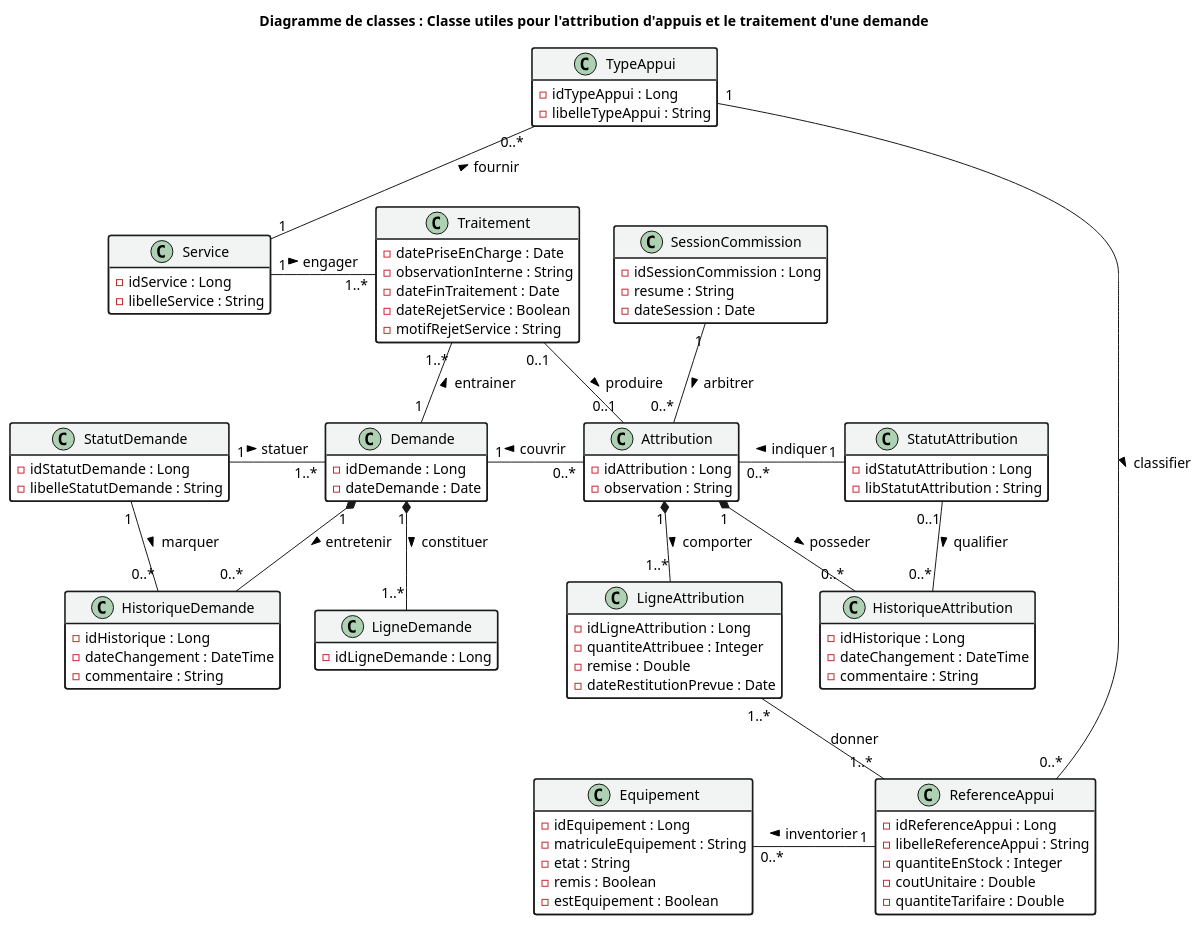
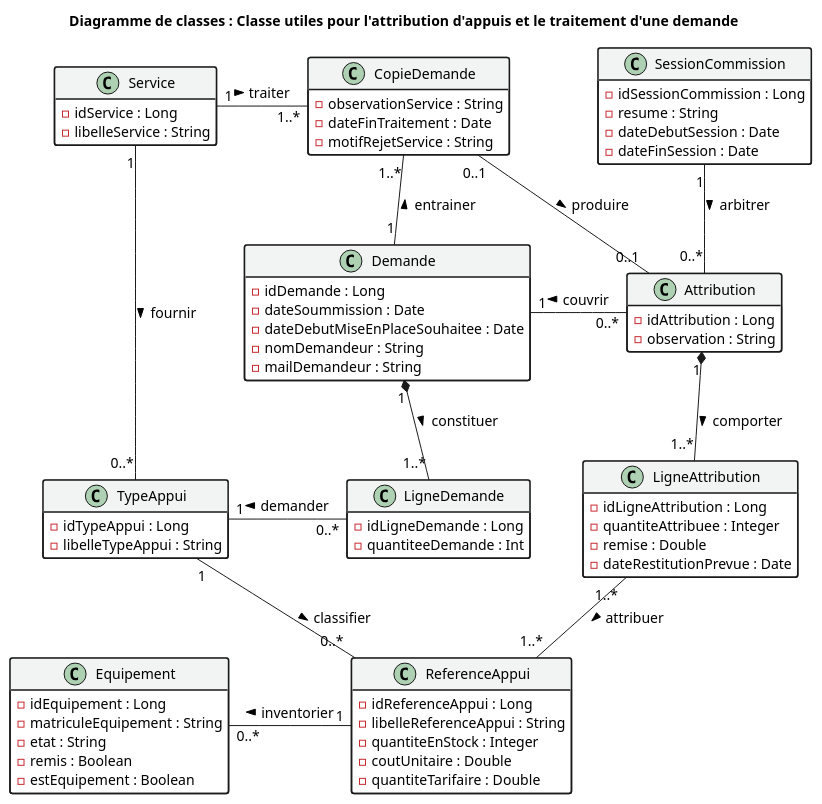
The diagram in docs/classes/M_classe_octroi.puml (marasse-codec/ORYZAPP), drawn with PlantUML before and after one commit. The commit also changed 242 other files, not shown here.

Commit message:
Dashbord et Charts

```diff
--- a/docs/classes/M_classe_octroi.puml
+++ b/docs/classes/M_classe_octroi.puml
@@ -1,158 +1,168 @@
 @startuml octroi_demande_uml
 title Diagramme de classes : Classe utiles pour l'attribution d'appuis et le traitement d'une demande
 
 skinparam shadowing false
 skinparam defaultFontName "Segoe UI", sans-serif
 ' Suppression de tout fond de diagramme (transparent / blanc)
 skinparam backgroundColor #FFFFFF
 
 hide empty members
 
 skinparam class {
     BackgroundColor #FFFFFF
     HeaderBackgroundColor #F2F4F4
     BorderColor #1A1A1A
     FontColor #000000
     AttributeFontColor #000000
     MethodFontColor #000000
     FontSize 16
     AttributeFontSize 14
     MethodFontSize 14
     BorderThickness 1.5
 }
 
 skinparam arrow {
     Color #1A1A1A
     FontColor #000000
     FontSize 14
 }
 ' ============================================================
 ' CLASSES
 ' ============================================================
 
 class Service {
   - idService : Long
   - libelleService : String
 }
 
 class TypeAppui {
   - idTypeAppui : Long
   - libelleTypeAppui : String
 }
 
 class ReferenceAppui {
   - idReferenceAppui : Long
   - libelleReferenceAppui : String
   - quantiteEnStock : Integer
   - coutUnitaire : Double
   - quantiteTarifaire : Double
 }
 
 class Equipement {
   - idEquipement : Long
   - matriculeEquipement : String
   - etat : String
   - remis : Boolean
   - estEquipement : Boolean
 
 }
 
 ReferenceAppui "1" -l- "0..*" Equipement : inventorier >
-TypeAppui "0..*" -- "1" Service : fournir <
+Service "1" -- "0..*" TypeAppui : fournir >
 ReferenceAppui "0..*" -l- "1" TypeAppui : classifier <
 
+' class StatutDemande {
+'   - idStatutDemande : Long
+'   - libelleStatutDemande : String
+' }
 
-class StatutDemande {
-  - idStatutDemande : Long
-  - libelleStatutDemande : String
-}
+' class HistoriqueDemande {
+'   - idHistorique : Long
+'   - dateChangement : DateTime
+'   - commentaire : String
+' }
 
 class Demande {
   - idDemande : Long
-  - dateDemande : Date
+  - dateSoummission : Date
+  - dateDebutMiseEnPlaceSouhaitee : Date
+  - nomDemandeur : String
+  - mailDemandeur : String
 }
 
-class HistoriqueDemande {
-  - idHistorique : Long
-  - dateChangement : DateTime
-  - commentaire : String
-}
+' class EtapeValidationDemande {
+'   - idEtape : Long
+'   - libEtape : String
+'   - ordre : Int
+' }
 
+' Service "1" -l- "1" EtapeValidationDemande : effectuer >
 
-Demande "1" *-- "0..*" HistoriqueDemande : entretenir >
-StatutDemande "1" -- "0..*" HistoriqueDemande : marquer >
+' Demande "1" *-- "0..*" HistoriqueDemande : entretenir >
+' StatutDemande "1" -r- "0..*" HistoriqueDemande : marquer >
+' Demande "0..*" -- "1" StatutDemande : statuer <
 
-' DateFinTraitement prend la date de fin du dernier traitement
+' DateFinTraitement prend la date de fin du dernier copiedemande
 ' dateSoumission marque qu'on ne peut plus modifier apès soummission
 
-StatutDemande "1" - "1..*" Demande : statuer >
-
-class Traitement {
-  - datePriseEnCharge : Date
-  - observationInterne : String
+class CopieDemande {
+  - observationService : String
   - dateFinTraitement : Date
-  - dateRejetService : Boolean
   - motifRejetService : String
 }
 
-Traitement "1..*" -d- "1" Demande : entrainer <
-Traitement "1..*" -l- "1" Service : engager <
-Traitement "0..1" -- "0..1" Attribution : produire >
+CopieDemande "1..*" -d- "1" Demande : entrainer <
+CopieDemande "1..*" -l- "1" Service : traiter <
+CopieDemande "0..1" -- "0..1" Attribution : produire >
 
 ' note top of [Demande]
 '   ! Remarque !
 '   Ajout de dateTraitement et motifRejet :
 '   permettre de suivre l'état de la demande
 ' end note
 
 class LigneDemande {
   - idLigneDemande : Long
+  - quantiteeDemande : Int
 }
+
+TypeAppui "1" - "0..*" LigneDemande : demander <
 
 class SessionCommission {
   - idSessionCommission : Long
   - resume : String
-  - dateSession : Date
+  - dateDebutSession : Date
+  - dateFinSession : Date
 }
 
 class Attribution {
   - idAttribution : Long
   - observation : String
 }
+ 
+' class StatutAttribution {
+'   - idStatutAttribution : Long
+'   - libStatutAttribution : String
+' }
 
-class StatutAttribution {
-  - idStatutAttribution : Long
-  - libStatutAttribution : String
-}
+' class HistoriqueAttribution {
+'   - idHistorique : Long
+'   - dateChangement : DateTime
+'   - commentaire : String
+' }
 
-class HistoriqueAttribution {
-  - idHistorique : Long
-  - dateChangement : DateTime
-  - commentaire : String
-}
+' Attribution "1" *-- "0..*" HistoriqueAttribution : posseder >
+' StatutAttribution "0..1" -- "0..*" HistoriqueAttribution : qualifier >
 
-Attribution "1" *-- "0..*" HistoriqueAttribution : posseder >
-StatutAttribution "0..1" -- "0..*" HistoriqueAttribution : qualifier >
-
-Attribution "0..*" - "1" StatutAttribution : indiquer <
+' Attribution "0..*" - "1" StatutAttribution : statuer <
 SessionCommission "1" -- "0..*" Attribution : arbitrer >
 Demande "1" - "0..*" Attribution : couvrir <
 
 class LigneAttribution {
   - idLigneAttribution : Long
   - quantiteAttribuee : Integer
   - remise : Double
   - dateRestitutionPrevue : Date
 }
 
-LigneAttribution "1..*" -- "1..*" ReferenceAppui : "donner"
+LigneAttribution "1..*" -- "1..*" ReferenceAppui : attribuer >
 
 ' ============================================================
 ' ASSOCIATIONS
 ' ============================================================
 
 Demande "1" *-- "1..*" LigneDemande : constituer >
 
 Attribution "1" *-- "1..*" LigneAttribution : comporter >
 
 @enduml
```
